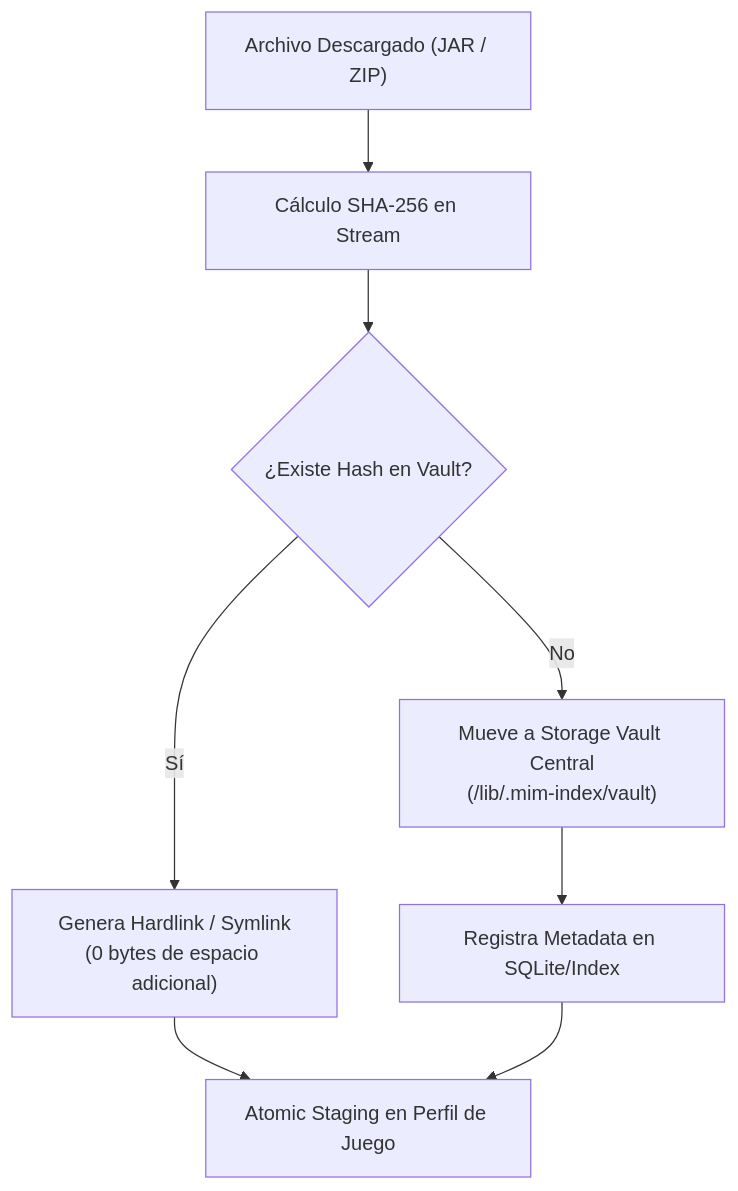
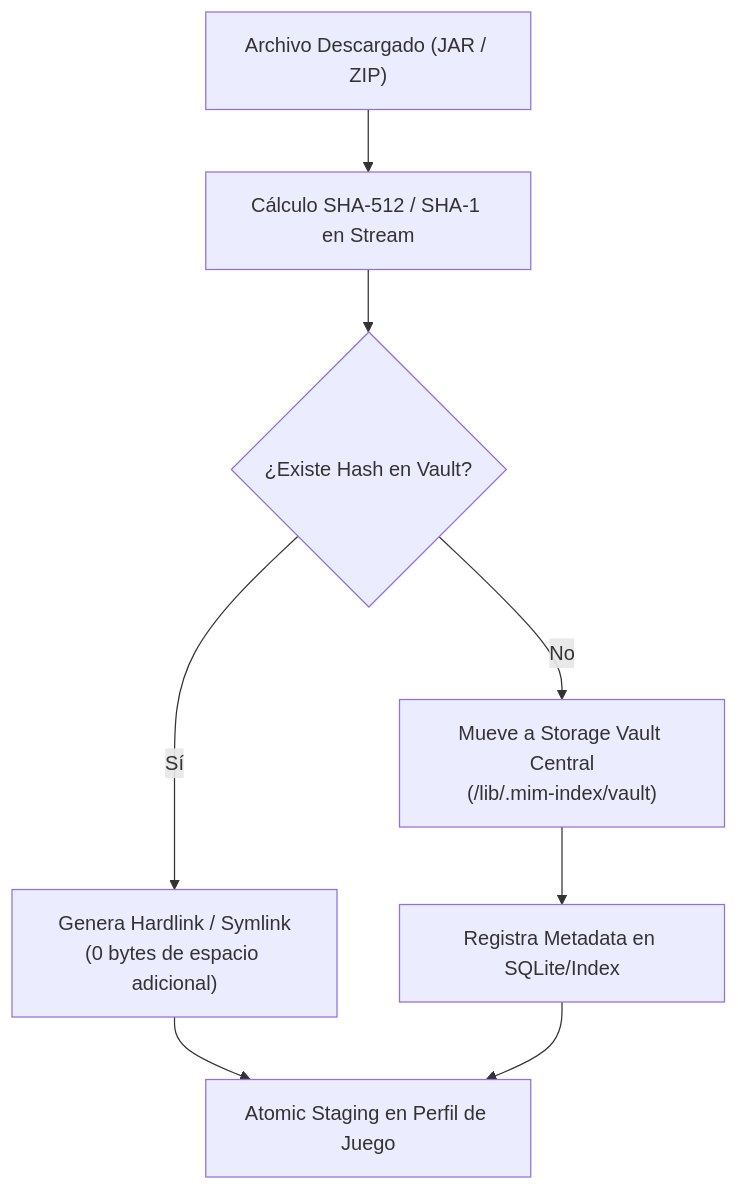
Before and after one commit to Ian9Franco/MIM: the fourth of 4 diagrams in docs/architecture/overview.md, drawn with Mermaid. The commit also changed other lines of this file and 21 other files, not shown here.

````diff
--- a/docs/architecture/overview.md
+++ b/docs/architecture/overview.md
@@ -120,10 +120,10 @@
 ```mermaid
 flowchart TD
-    FileIn["Archivo Descargado (JAR / ZIP)"] --> Hash["Cálculo SHA-256 en Stream"]
+    FileIn["Archivo Descargado (JAR / ZIP)"] --> Hash["Cálculo SHA-512 / SHA-1 en Stream"]
     Hash --> DedupeCheck{"¿Existe Hash en Vault?"}
     DedupeCheck -- Sí --> Hardlink["Genera Hardlink / Symlink<br/>(0 bytes de espacio adicional)"]
     DedupeCheck -- No --> StoreVault["Mueve a Storage Vault Central<br/>(/lib/.mim-index/vault)"]
     StoreVault --> RegisterIndex["Registra Metadata en SQLite/Index"]
     Hardlink --> AtomicStaging["Atomic Staging en Perfil de Juego"]
     RegisterIndex --> AtomicStaging
 ```
````
